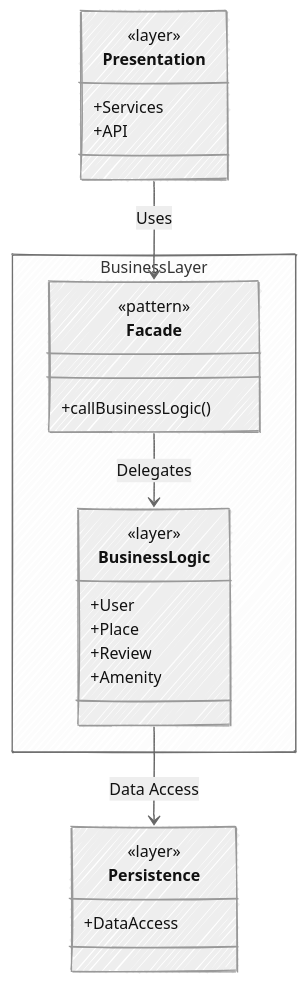
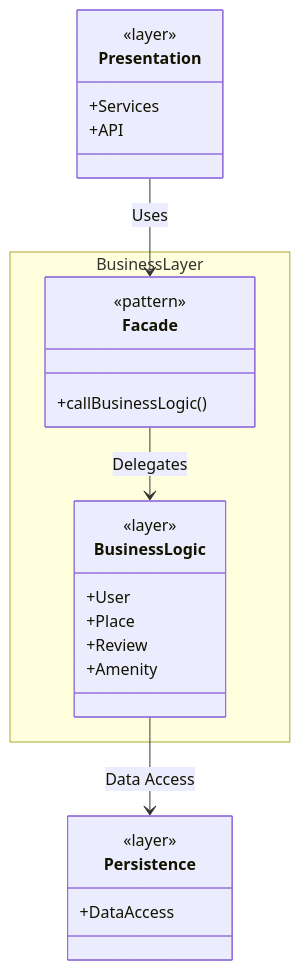
The diagram in README.md (feratholberton/holbertonschool-hbnb), drawn with Mermaid before and after one commit.

Commit message:
Remove styles

````diff
--- a/README.md
+++ b/README.md
@@ -3,33 +3,28 @@
 ```mermaid
----
-config:
-  look: handDrawn
-  theme: neutral
----
 classDiagram
 class Presentation {
   <<layer>>
   +Services
   +API
 }
 namespace BusinessLayer {
   class Facade {
     <<pattern>>
     +callBusinessLogic()
   }
   class BusinessLogic {
     <<layer>>
     +User
     +Place
     +Review
     +Amenity
   }
 }
 class Persistence {
   <<layer>>
   +DataAccess
 }
 Presentation --> Facade : Uses
 Facade --> BusinessLogic : Delegates
 BusinessLogic --> Persistence : Data Access
 ```
````
